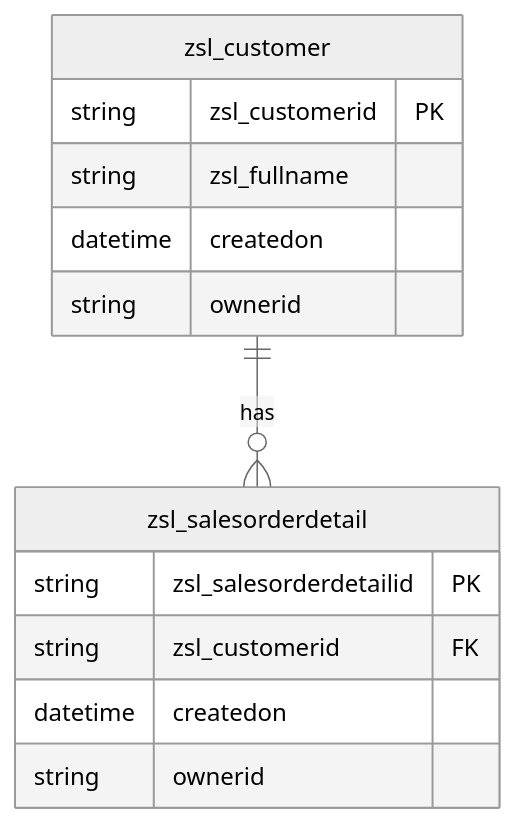
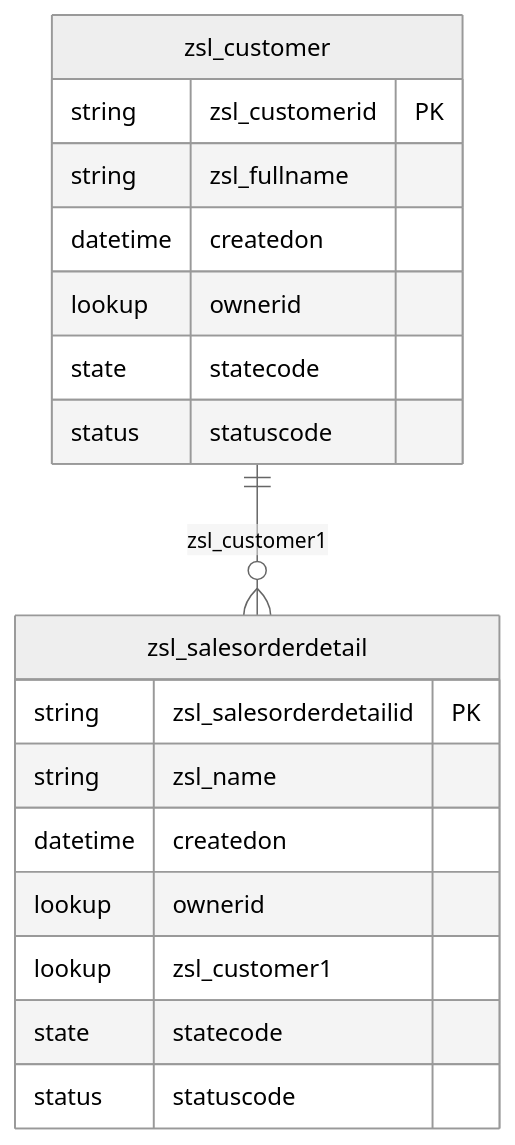
Before and after one commit to DeltaSoul/bizz-summit-2026-alm-ai-demo: the first of 2 diagrams in src/solutions/TestSolution1/TECHNICAL_SPEC.md, drawn with Mermaid (neutral theme). The commit also changed other lines of this file and 1 other file, not shown here.

````diff
--- a/src/solutions/TestSolution1/TECHNICAL_SPEC.md
+++ b/src/solutions/TestSolution1/TECHNICAL_SPEC.md
@@ -27,16 +17,23 @@
 ```mermaid
 erDiagram
   zsl_customer {
     string zsl_customerid PK
     string zsl_fullname
     datetime createdon
-    string ownerid
+    lookup ownerid
+    state statecode
+    status statuscode
   }
+  
   zsl_salesorderdetail {
     string zsl_salesorderdetailid PK
-    string zsl_customerid FK
+    string zsl_name
     datetime createdon
-    string ownerid
+    lookup ownerid
+    lookup zsl_customer1
+    state statecode
+    status statuscode
   }
-  zsl_customer ||--o{ zsl_salesorderdetail : has
+  
+  zsl_customer ||--o{ zsl_salesorderdetail : "zsl_customer1"
 ```
````
